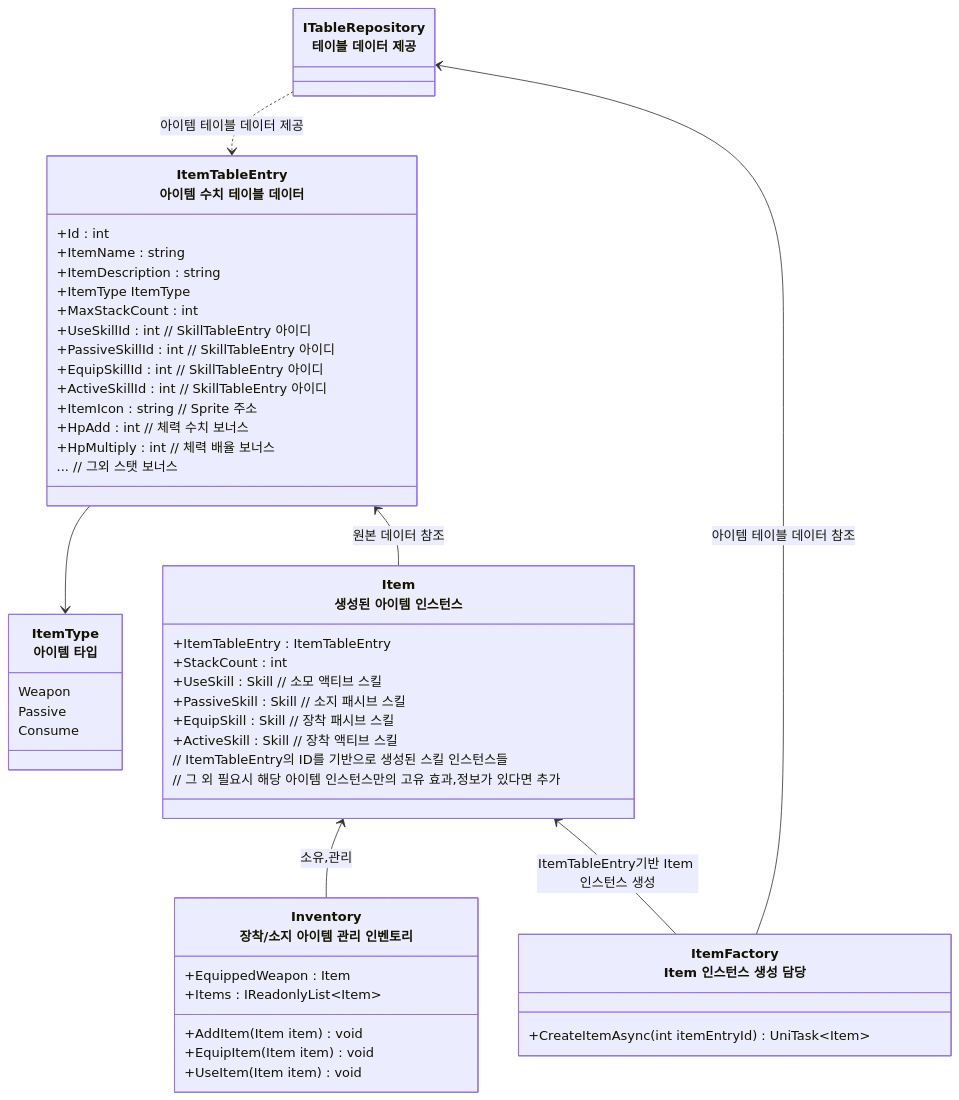
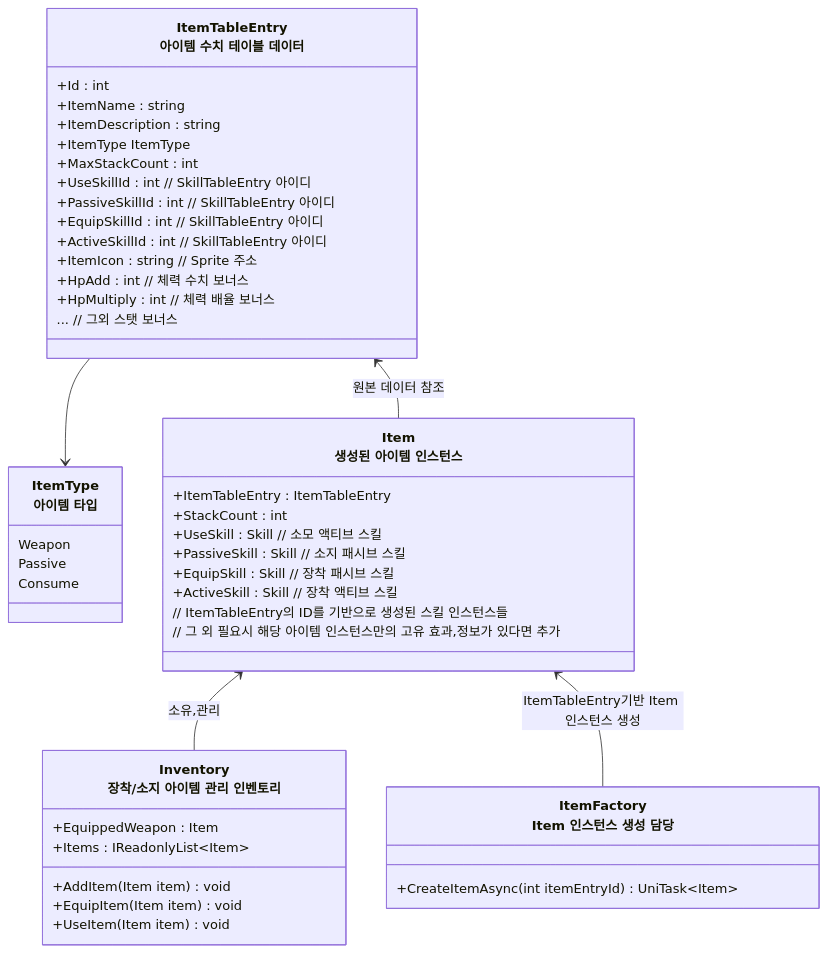
Before and after one commit to JIN5EOK/DungeonShooter: the first of 2 diagrams in README/아이템,인벤토리_설계.md, drawn with Mermaid. The commit also changed other lines of this file and 11 other files, not shown here.

````diff
--- a/README/아이템,인벤토리_설계.md
+++ b/README/아이템,인벤토리_설계.md
@@ -27,55 +27,52 @@
 ```mermaid
 classDiagram
 	class ItemType["ItemType<br>아이템 타입"]{
 		Weapon
 		Passive
 		Consume
 	}
     class ItemTableEntry["ItemTableEntry<br>아이템 수치 테이블 데이터"]{
 	    +Id : int
 	    +ItemName : string
         +ItemDescription : string
 	    +ItemType ItemType
 	    +MaxStackCount : int
 	    +UseSkillId : int // SkillTableEntry 아이디
 	    +PassiveSkillId : int // SkillTableEntry 아이디
 	    +EquipSkillId : int // SkillTableEntry 아이디
         +ActiveSkillId : int // SkillTableEntry 아이디
 	    +ItemIcon : string // Sprite 주소
 	    +HpAdd : int // 체력 수치 보너스
 	    +HpMultiply : int // 체력 배율 보너스
 	    ... // 그외 스탯 보너스
     }
     
 	class Item["Item<br>생성된 아이템 인스턴스"]{
         +ItemTableEntry : ItemTableEntry
         +StackCount : int
         +UseSkill : Skill // 소모 액티브 스킬
         +PassiveSkill : Skill // 소지 패시브 스킬
         +EquipSkill : Skill // 장착 패시브 스킬
         +ActiveSkill : Skill // 장착 액티브 스킬
         // ItemTableEntry의 ID를 기반으로 생성된 스킬 인스턴스들
         // 그 외 필요시 해당 아이템 인스턴스만의 고유 효과,정보가 있다면 추가
     }
 
     class Inventory["Inventory<br>장착/소지 아이템 관리 인벤토리"]{
         +EquippedWeapon : Item
         +Items : IReadonlyList~Item~
         +AddItem(Item item) void
         +EquipItem(Item item) void
         +UseItem(Item item) void
     }
 	
 	class ItemFactory["ItemFactory<br>Item 인스턴스 생성 담당"]{
         +CreateItemAsync(int itemEntryId) UniTask~Item~
     }
 	
-
-	class ITableRepository["ITableRepository<br>테이블 데이터 제공"]
-	ITableRepository ..> ItemTableEntry : 아이템 테이블 데이터 제공    
+    
     ItemTableEntry --> ItemType
     ItemTableEntry <-- Item : 원본 데이터 참조
     Item <-- Inventory : 소유,관리
     Item <-- ItemFactory : ItemTableEntry기반 Item 인스턴스 생성
-    ITableRepository <-- ItemFactory : 아이템 테이블 데이터 참조
 ```
````
